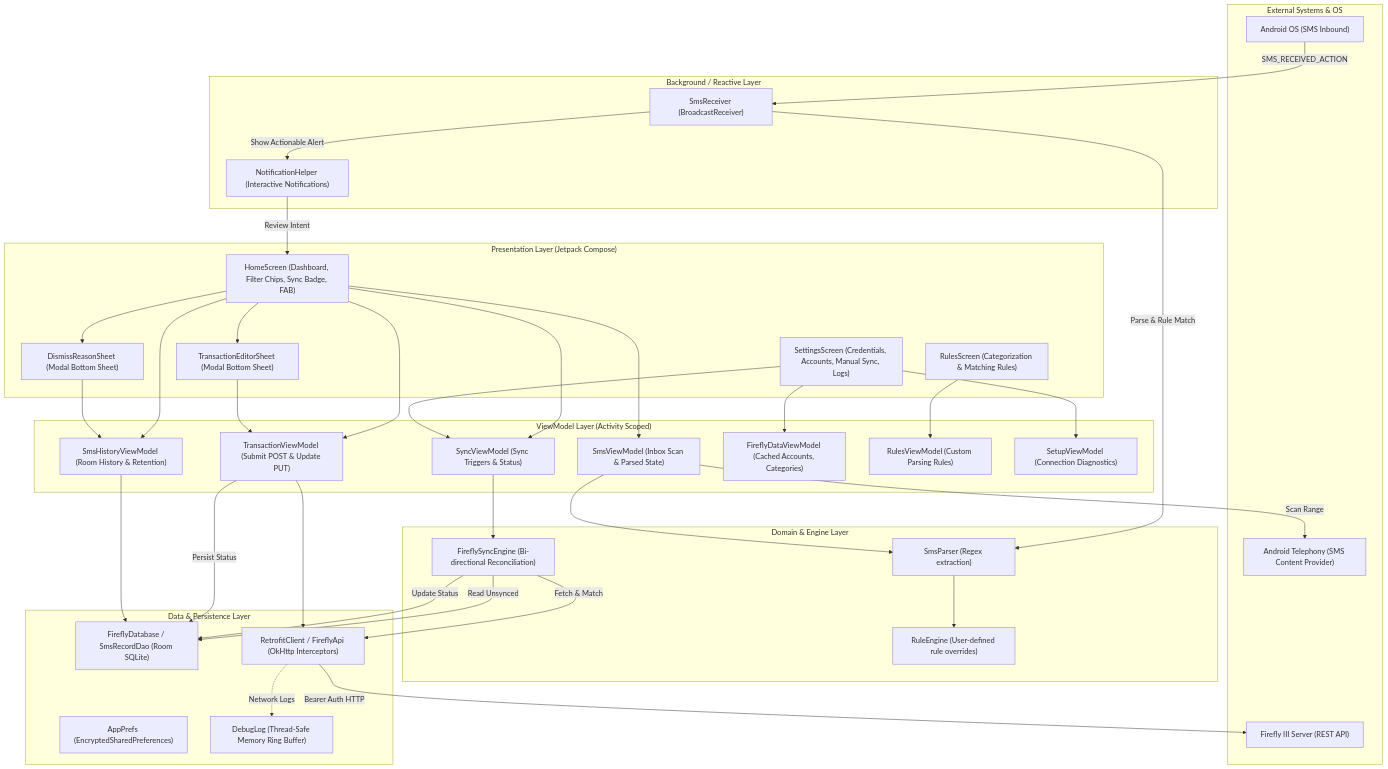
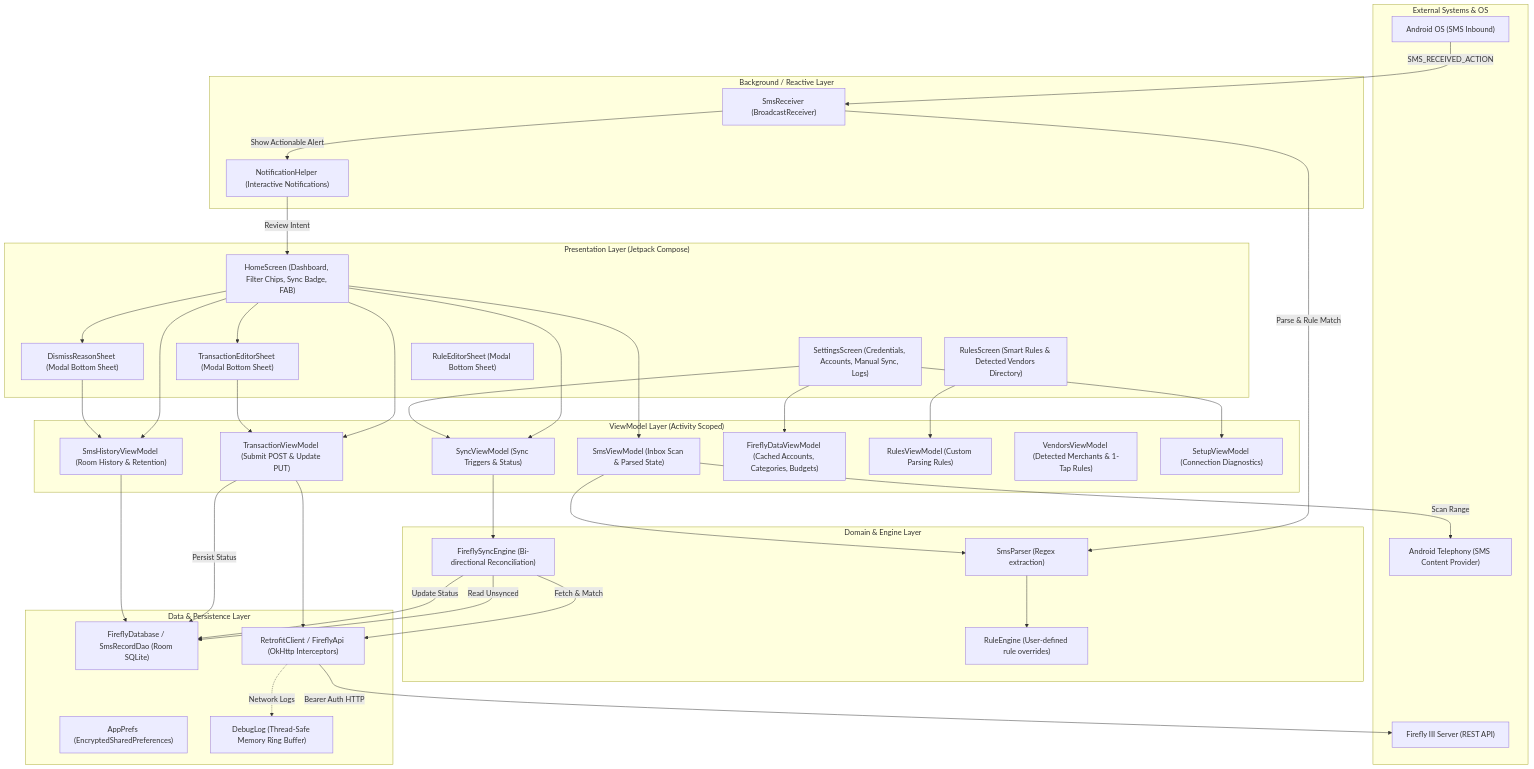
Before and after one commit to swaraj429/fireflyIII-sms-auto-scanner: the first of 6 diagrams in docs/ARCHITECTURE.md, drawn with Mermaid. The commit also changed other lines of this file and 11 other files, not shown here.

```diff
--- a/docs/ARCHITECTURE.md
+++ b/docs/ARCHITECTURE.md
@@ -26,10 +26,11 @@
 
     subgraph UI["Presentation Layer (Jetpack Compose)"]
         HOME["HomeScreen (Dashboard, Filter Chips, Sync Badge, FAB)"]
-        RULES["RulesScreen (Categorization & Matching Rules)"]
+        RULES["RulesScreen (Smart Rules & Detected Vendors Directory)"]
         SETTINGS["SettingsScreen (Credentials, Accounts, Manual Sync, Logs)"]
         SHEET_EDIT["TransactionEditorSheet (Modal Bottom Sheet)"]
         SHEET_DISMISS["DismissReasonSheet (Modal Bottom Sheet)"]
+        SHEET_RULE["RuleEditorSheet (Modal Bottom Sheet)"]
     end
 
     subgraph VM["ViewModel Layer (Activity Scoped)"]
@@ -37,8 +38,9 @@
         VM_TX["TransactionViewModel (Submit POST & Update PUT)"]
         VM_HIST["SmsHistoryViewModel (Room History & Retention)"]
         VM_SYNC["SyncViewModel (Sync Triggers & Status)"]
-        VM_DATA["FireflyDataViewModel (Cached Accounts, Categories)"]
+        VM_DATA["FireflyDataViewModel (Cached Accounts, Categories, Budgets)"]
         VM_RULES["RulesViewModel (Custom Parsing Rules)"]
+        VM_VENDORS["VendorsViewModel (Detected Merchants & 1-Tap Rules)"]
         VM_SETUP["SetupViewModel (Connection Diagnostics)"]
     end
 
```
